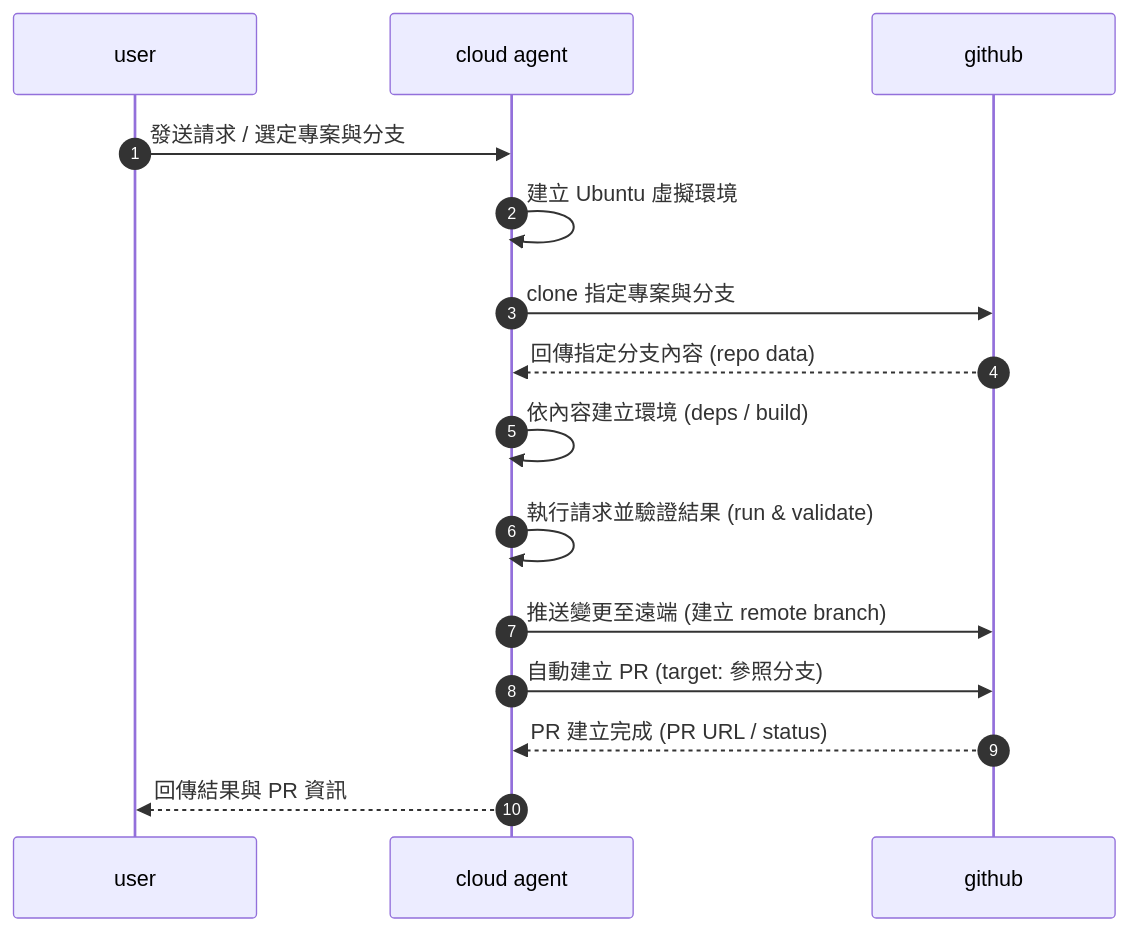
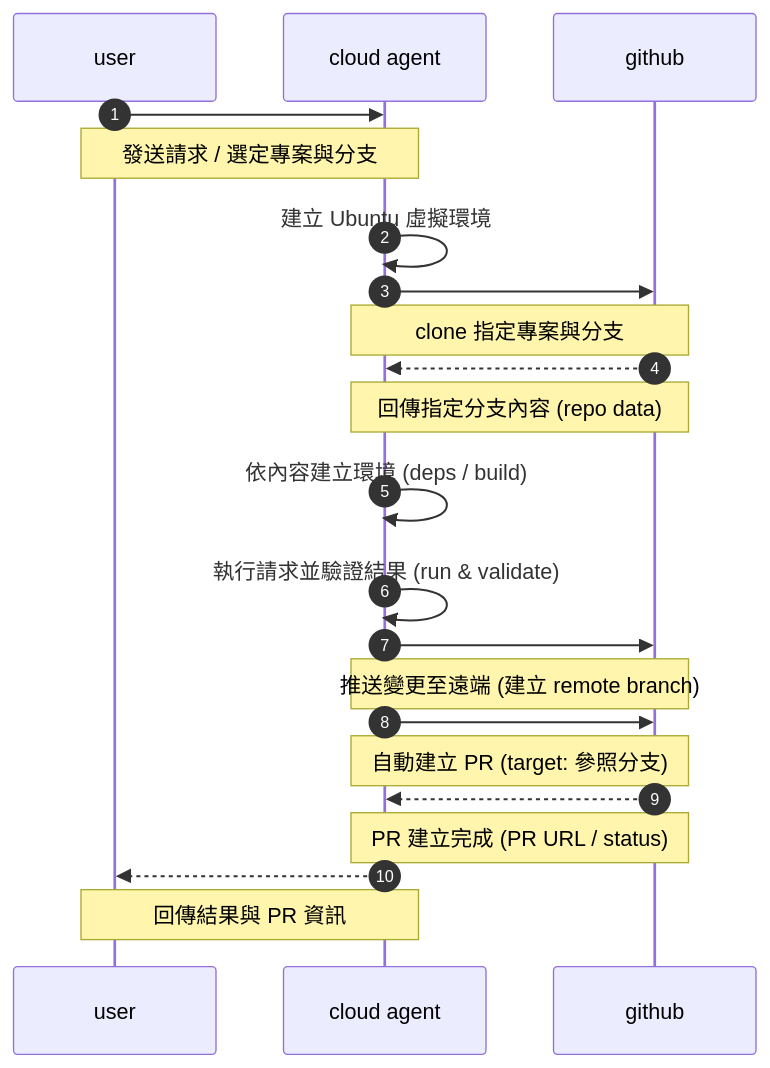
One commit to flag-cheng/Learn2Card changed the diagram in sequenceDiagram.md. Above: the diagram before and after it, drawn with Mermaid.

Commit message:
Add notes to sequence diagram for clarity

````diff
--- a/sequenceDiagram.md
+++ b/sequenceDiagram.md
@@ -1,29 +1,34 @@
 ```mermaid
-%%{init: {
-  "sequence": {
-    "width": 180,
-    "height": 60,
-    "actorMargin": 70,
-    "messageMargin": 45,
-    "messageAlign": "left",
-    "labelBoxWidth": 80,
-    "labelBoxHeight": 30
-  }
-}}%%
 sequenceDiagram
     autonumber
     participant U as user
     participant CA as cloud agent
     participant GH as github
 
-    U->>CA: 發送請求 / 選定專案與分支
+    U->>CA:
+    Note over U,CA: 發送請求 / 選定專案與分支
+
     CA->>CA: 建立 Ubuntu 虛擬環境
-    CA->>GH: clone 指定專案與分支
-    GH-->>CA: 回傳指定分支內容 (repo data)
+
+    CA->>GH:
+    Note over CA,GH: clone 指定專案與分支
+
+    GH-->>CA:
+    Note over CA,GH: 回傳指定分支內容 (repo data)
+
     CA->>CA: 依內容建立環境 (deps / build)
     CA->>CA: 執行請求並驗證結果 (run & validate)
-    CA->>GH: 推送變更至遠端 (建立 remote branch)
-    CA->>GH: 自動建立 PR (target: 參照分支)
-    GH-->>CA: PR 建立完成 (PR URL / status)
-    CA-->>U: 回傳結果與 PR 資訊
+
+    CA->>GH:
+    Note over CA,GH: 推送變更至遠端 (建立 remote branch)
+
+    CA->>GH:
+    Note over CA,GH: 自動建立 PR (target: 參照分支)
+
+    GH-->>CA:
+    Note over CA,GH: PR 建立完成 (PR URL / status)
+
+    CA-->>U:
+    Note over U,CA: 回傳結果與 PR 資訊
+
 ```
````
